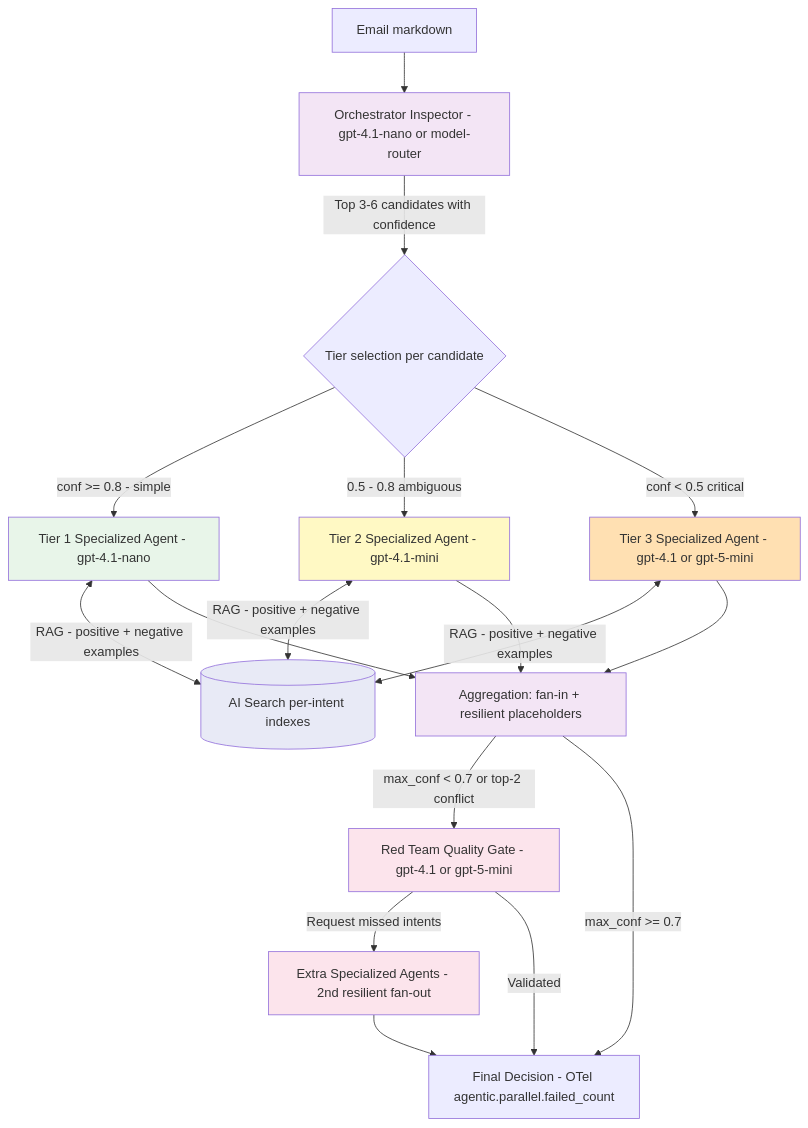
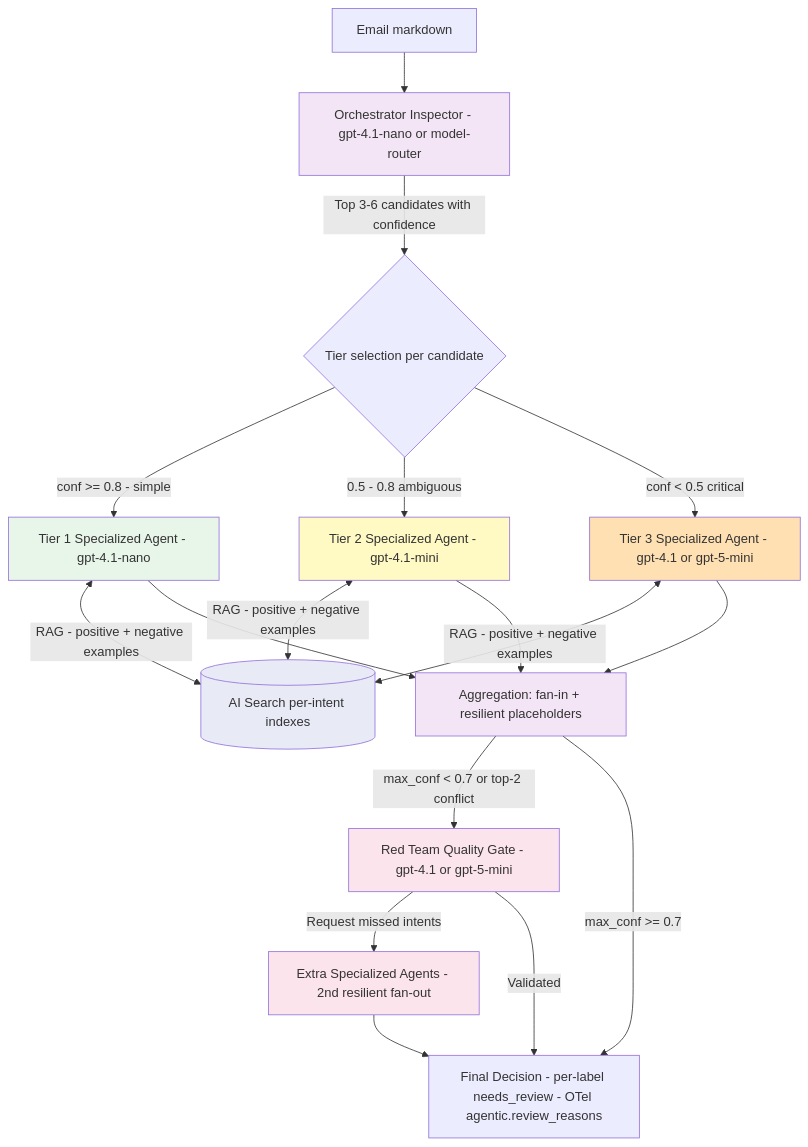
The first of 2 diagrams in README.md (olivMertens/ClassyMail), drawn with Mermaid before and after one commit. The commit also changed other lines of this file and 3 other files, not shown here.

Commit message:
docs: sync README/agentic docs with per-label review, scoped RAG tool, MAF 1.21; drop missing fetch_vue_runtime steps

````diff
--- a/README.md
+++ b/README.md
@@ -51,28 +53,28 @@
 ```mermaid
 flowchart TD
     Email[Email markdown] --> Orch["Orchestrator Inspector - gpt-4.1-nano or model-router"]
     Orch -->|"Top 3-6 candidates with confidence"| Tier{Tier selection per candidate}
     Tier -->|"conf >= 0.8 - simple"| T1["Tier 1 Specialized Agent - gpt-4.1-nano"]
     Tier -->|"0.5 - 0.8 ambiguous"| T2["Tier 2 Specialized Agent - gpt-4.1-mini"]
     Tier -->|"conf < 0.5 critical"| T3["Tier 3 Specialized Agent - gpt-4.1 or gpt-5-mini"]
     T1 <-->|"RAG - positive + negative examples"| AIS[("AI Search per-intent indexes")]
     T2 <-->|"RAG - positive + negative examples"| AIS
     T3 <-->|"RAG - positive + negative examples"| AIS
     T1 --> Agg["Aggregation: fan-in + resilient placeholders"]
     T2 --> Agg
     T3 --> Agg
     Agg -->|"max_conf < 0.7 or top-2 conflict"| RT["Red Team Quality Gate - gpt-4.1 or gpt-5-mini"]
     RT -->|"Request missed intents"| Extra["Extra Specialized Agents - 2nd resilient fan-out"]
-    Extra --> Final["Final Decision - OTel agentic.parallel.failed_count"]
+    Extra --> Final["Final Decision - per-label needs_review - OTel agentic.review_reasons"]
     Agg -->|"max_conf >= 0.7"| Final
     RT -->|"Validated"| Final
 
     style Orch fill:#f3e5f5
     style T1 fill:#e8f5e9
     style T2 fill:#fff9c4
     style T3 fill:#ffe0b2
     style Agg fill:#f3e5f5
     style RT fill:#fce4ec
     style Extra fill:#fce4ec
     style AIS fill:#e8eaf6
 ```
````
